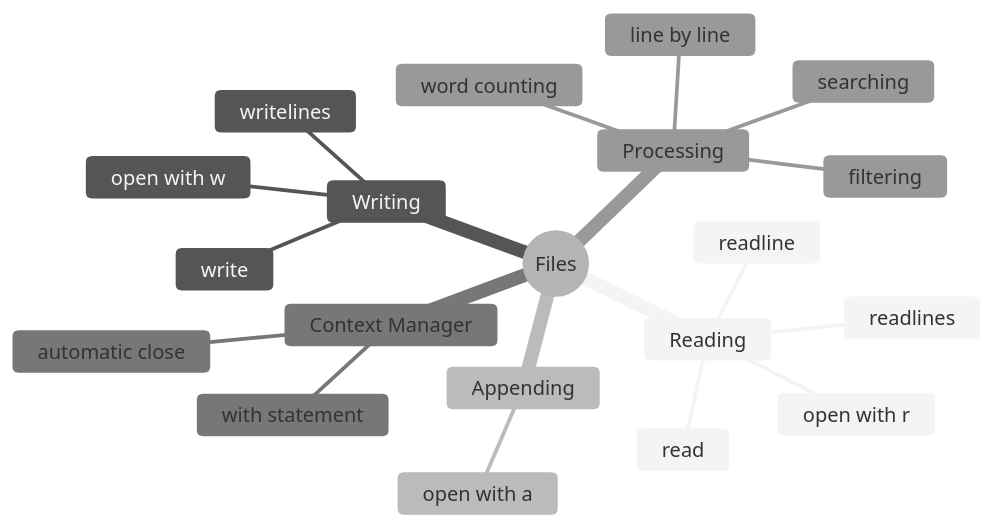
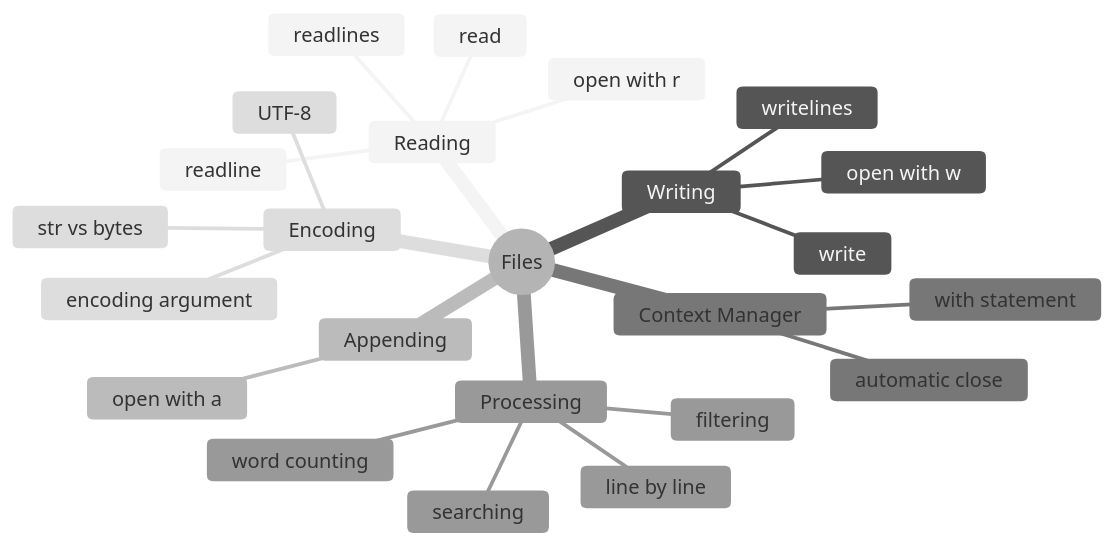
One commit to mAbduqayum/python-workbook changed the diagram in files/_docs/_table_of_contents.md. Above: the diagram before and after it, drawn with Mermaid (neutral theme). The commit also changed 7 other files, not shown here.

First line of the commit message:
docs: add mermaid mindmaps to every table of contents

````diff
--- a/files/_docs/_table_of_contents.md
+++ b/files/_docs/_table_of_contents.md
@@ -3,23 +3,27 @@
 ```mermaid
 mindmap
     root((Files))
         Reading
             open with r
             read
             readline
             readlines
         Writing
             open with w
             write
             writelines
         Appending
             open with a
         Context Manager
             with statement
             automatic close
         Processing
             line by line
             word counting
             searching
             filtering
+        Encoding
+            UTF-8
+            encoding argument
+            str vs bytes
 ```
````
